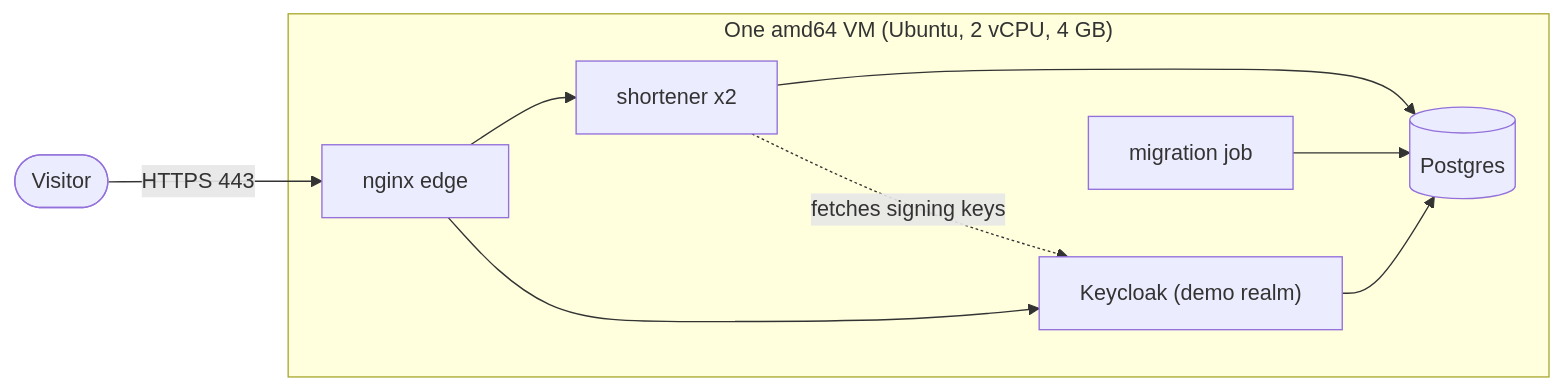
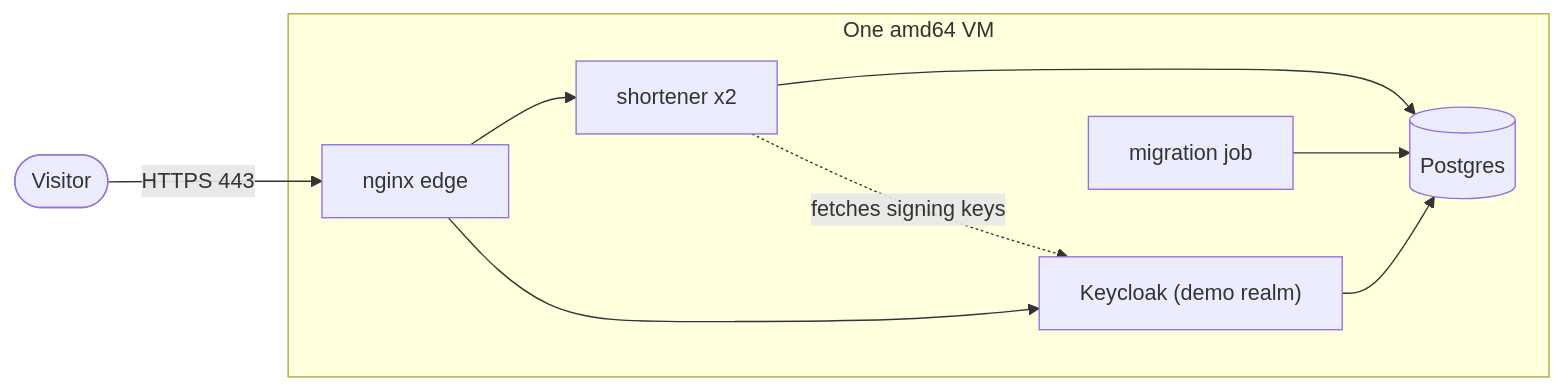
The diagram in docs/CLOUD.md (christ008/shortener), drawn with Mermaid before and after one commit. The commit also changed other lines of this file and 11 other files, not shown here.

````diff
--- a/docs/CLOUD.md
+++ b/docs/CLOUD.md
@@ -26,12 +23,12 @@
 ```mermaid
 flowchart LR
     visitor(["Visitor"]) -->|"HTTPS 443"| edge["nginx edge"]
-    subgraph vm["One amd64 VM (Ubuntu, 2 vCPU, 4 GB)"]
+    subgraph vm["One amd64 VM"]
         edge --> app["shortener x2"]
         edge --> idp["Keycloak (demo realm)"]
         app --> db[("Postgres")]
         idp --> db
         migrate["migration job"] --> db
     end
     app -. "fetches signing keys" .-> idp
 ```
````
